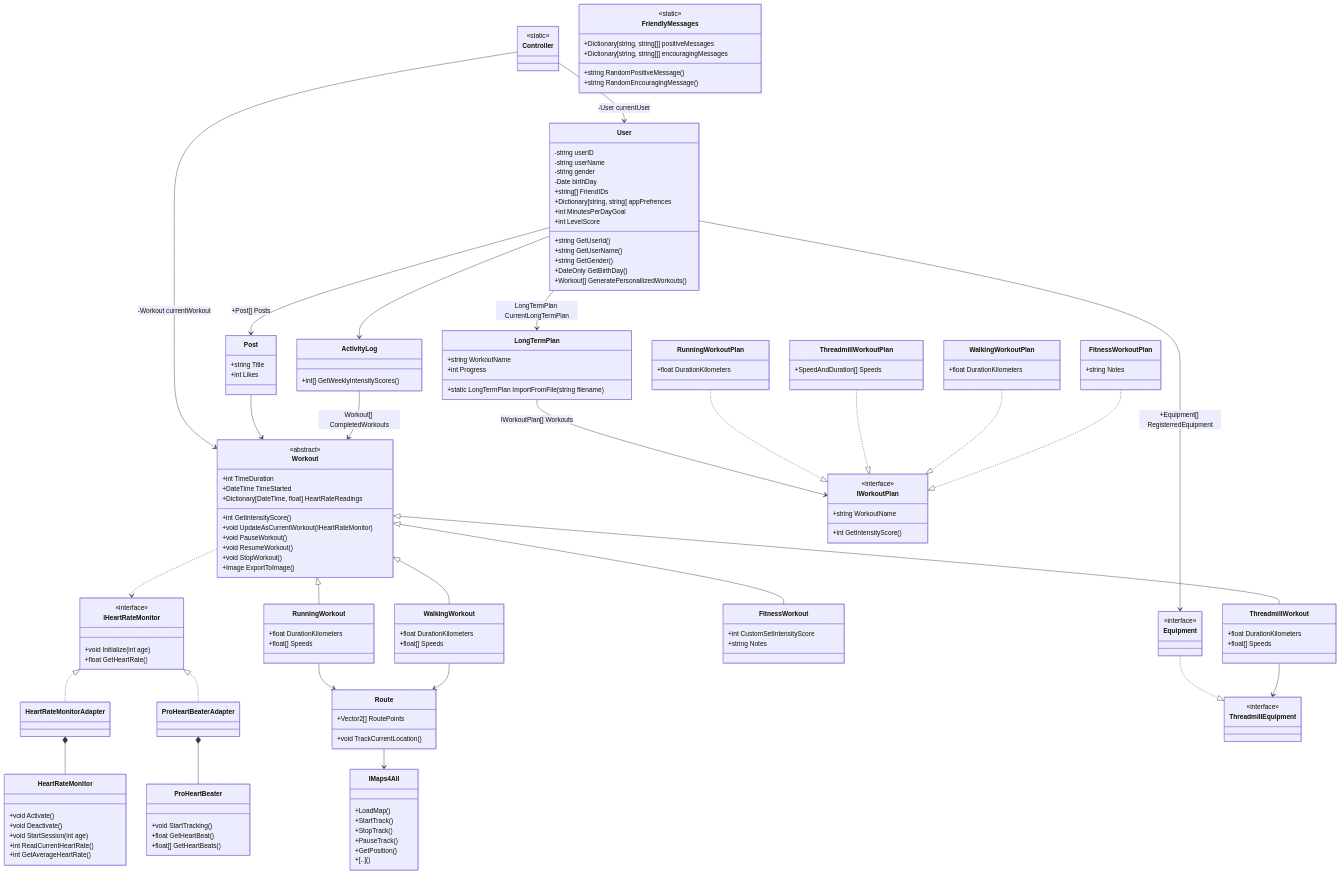
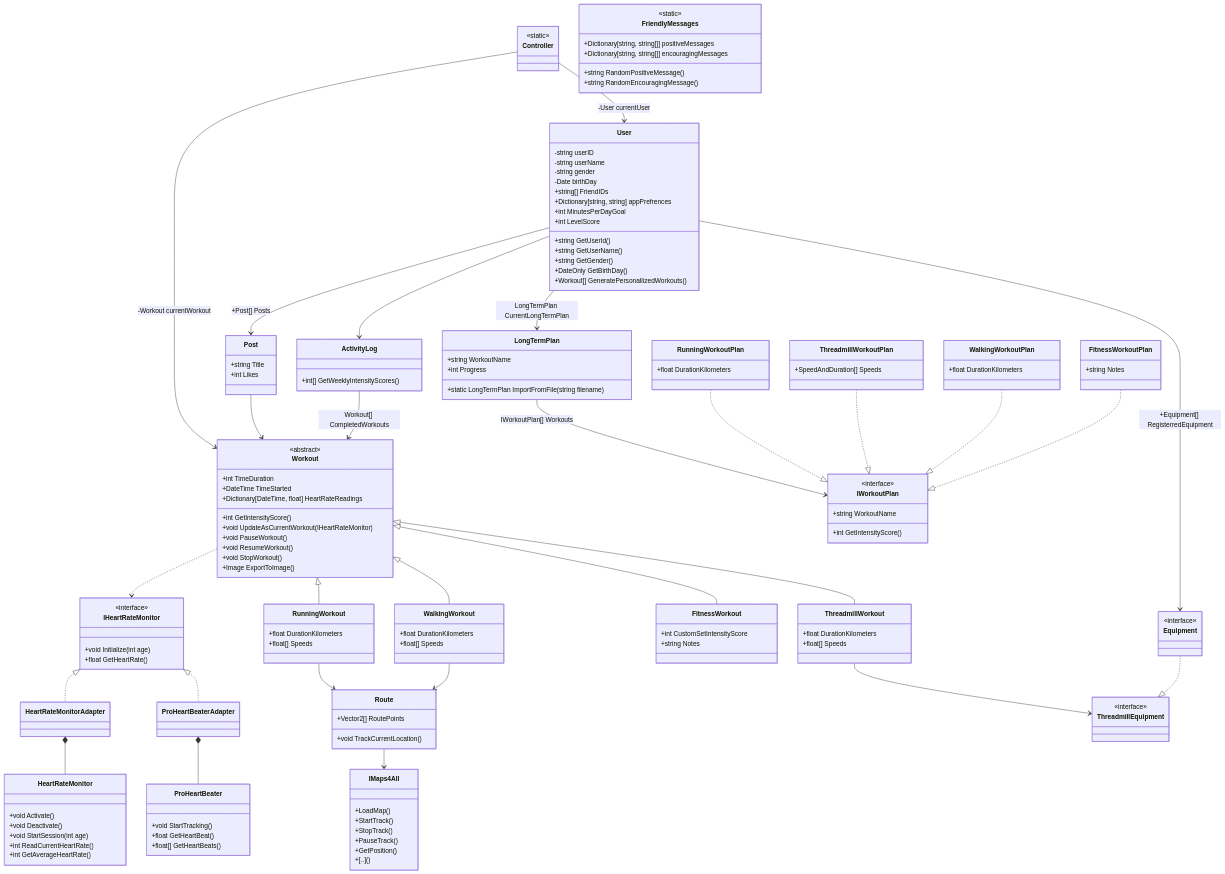
Before and after one commit to SteHun/WorkoutappAssignment: the diagram in classDiagram.md, drawn with Mermaid. The commit also changed other lines of this file, not shown here.

````diff
--- a/classDiagram.md
+++ b/classDiagram.md
@@ -173,7 +173,7 @@
 class Equipment
 <<interface>> Equipment
 
-Equipment ..|> ThreadmillEquipment
+
 
 class ThreadmillEquipment
 <<interface>> ThreadmillEquipment
@@ -181,6 +181,6 @@
 Workout <|-- ThreadmillWorkout
 ThreadmillWorkout --> ThreadmillEquipment
 User --> Equipment : +Equipment[] RegisterredEquipment
-
+Equipment ..|> ThreadmillEquipment
 
 ```
````
